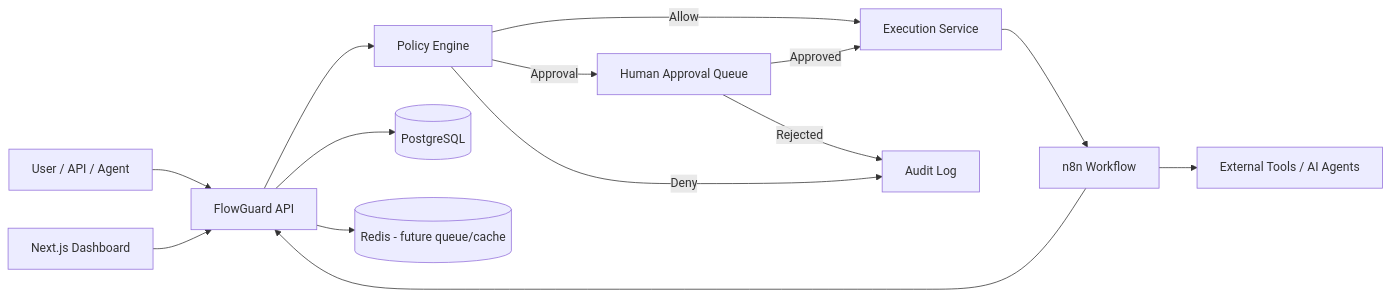
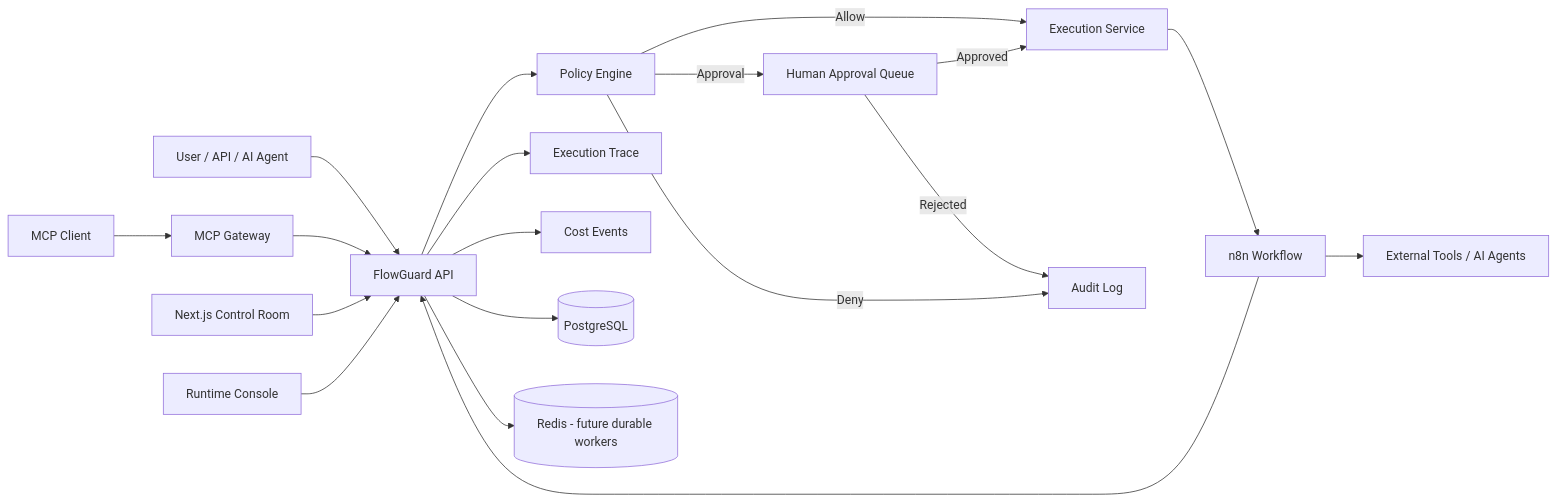
The diagram in README.md (ahmed2qaid/agentic-automation-control-plane), drawn with Mermaid before and after one commit. The commit also changed other lines of this file and 11 other files, not shown here.

Commit message:
Build FlowGuard v0.2 agentic runtime

````diff
--- a/README.md
+++ b/README.md
@@ -39,16 +64,21 @@
 ```mermaid
 flowchart LR
-    U[User / API / Agent] --> C[FlowGuard API]
+    U[User / API / AI Agent] --> C[FlowGuard API]
+    M[MCP Client] --> G[MCP Gateway]
+    G --> C
     C --> P[Policy Engine]
     P -->|Allow| E[Execution Service]
     P -->|Approval| H[Human Approval Queue]
     P -->|Deny| A[Audit Log]
     H -->|Approved| E
     H -->|Rejected| A
     E --> N[n8n Workflow]
-    N --> W[External Tools / AI Agents]
+    N --> T[External Tools / AI Agents]
     N --> C
+    C --> X[Execution Trace]
+    C --> K[Cost Events]
     C --> DB[(PostgreSQL)]
-    C --> R[(Redis - future queue/cache)]
-    D[Next.js Dashboard] --> C
+    C --> R[(Redis - future durable workers)]
+    D[Next.js Control Room] --> C
+    O[Runtime Console] --> C
 ```
````
